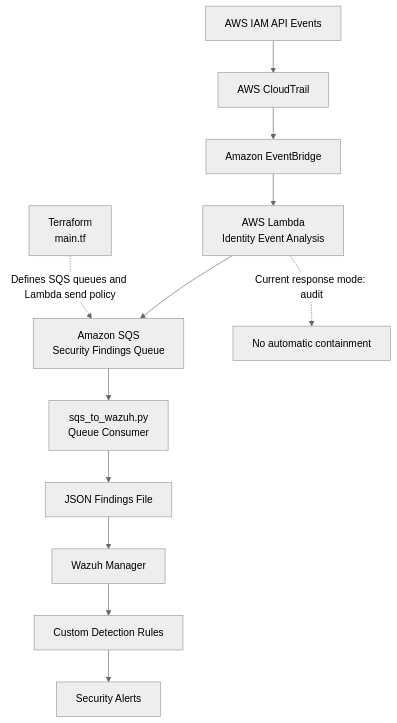
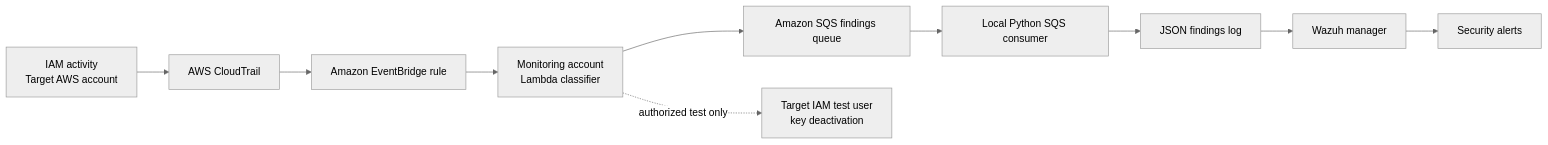
Before and after one commit to ronishbrh/aws-cross-account-identity-self-healing: the diagram in README.md, drawn with Mermaid (neutral theme). The commit also changed other lines of this file and 11 other files, not shown here.

Commit message:
Finalize AWS identity self-healing project documentation

````diff
--- a/README.md
+++ b/README.md
@@ -16,16 +29,12 @@
-```mermaid
-flowchart TD
-    A["AWS IAM API Events"] --> B["AWS CloudTrail"]
-    B --> C["Amazon EventBridge"]
-    C --> D["AWS Lambda<br/>Identity Event Analysis"]
-    D --> E["Amazon SQS<br/>Security Findings Queue"]
-    E --> F["sqs_to_wazuh.py<br/>Queue Consumer"]
-    F --> G["JSON Findings File"]
-    G --> H["Wazuh Manager"]
-    H --> I["Custom Detection Rules"]
-    I --> J["Security Alerts"]
-
-    K["Terraform<br/>main.tf"] -. "Defines SQS queues and Lambda send policy" .-> E
-
-    D -. "Current response mode: audit" .-> L["No automatic containment"]
+``` mermaid
+flowchart LR
+    A["IAM activity<br/>Target AWS account"] --> B["AWS CloudTrail"]
+    B --> C["Amazon EventBridge rule"]
+    C --> D["Monitoring account<br/>Lambda classifier"]
+    D --> E["Amazon SQS findings queue"]
+    E --> F["Local Python SQS consumer"]
+    F --> G["JSON findings log"]
+    G --> H["Wazuh manager"]
+    H --> I["Security alerts"]
+    D -. "authorized test only" .-> J["Target IAM test user<br/>key deactivation"]
 ```
````
